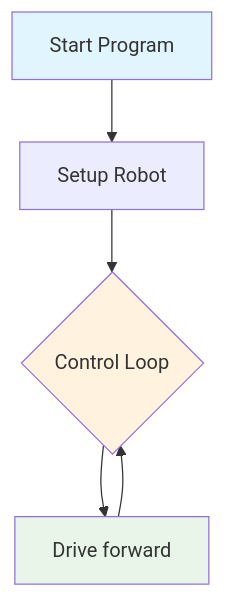
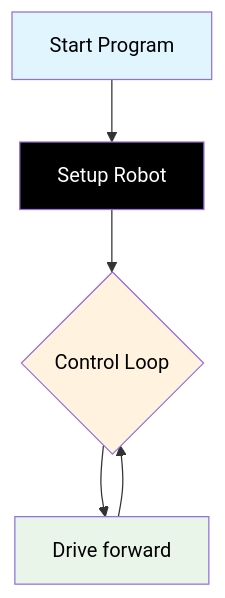
One commit to TempeHS/AIDriver_MicroPython_Challanges changed the diagram in docs/Challenge_1.md. Above: the diagram before and after it, drawn with Mermaid. The commit also changed other lines of this file and 10 other files, not shown here.

````diff
--- a/docs/Challenge_1.md
+++ b/docs/Challenge_1.md
@@ -11,11 +16,12 @@
 ```mermaid
 flowchart TD
     A[Start Program] --> B[Setup Robot]
     B --> C{Control Loop}
     C --> D[Drive forward]
     D --> C
 
-    style A fill:#e1f5fe
-    style C fill:#fff3e0
-    style D fill:#e8f5e8
+    style A fill:#e1f5fe,color:#000000
+    style C fill:#fff3e0,color:#000000
+    style D fill:#e8f5e8,color:#000000
+    style B fill:#000000, color:#ffffff
 ```
````
